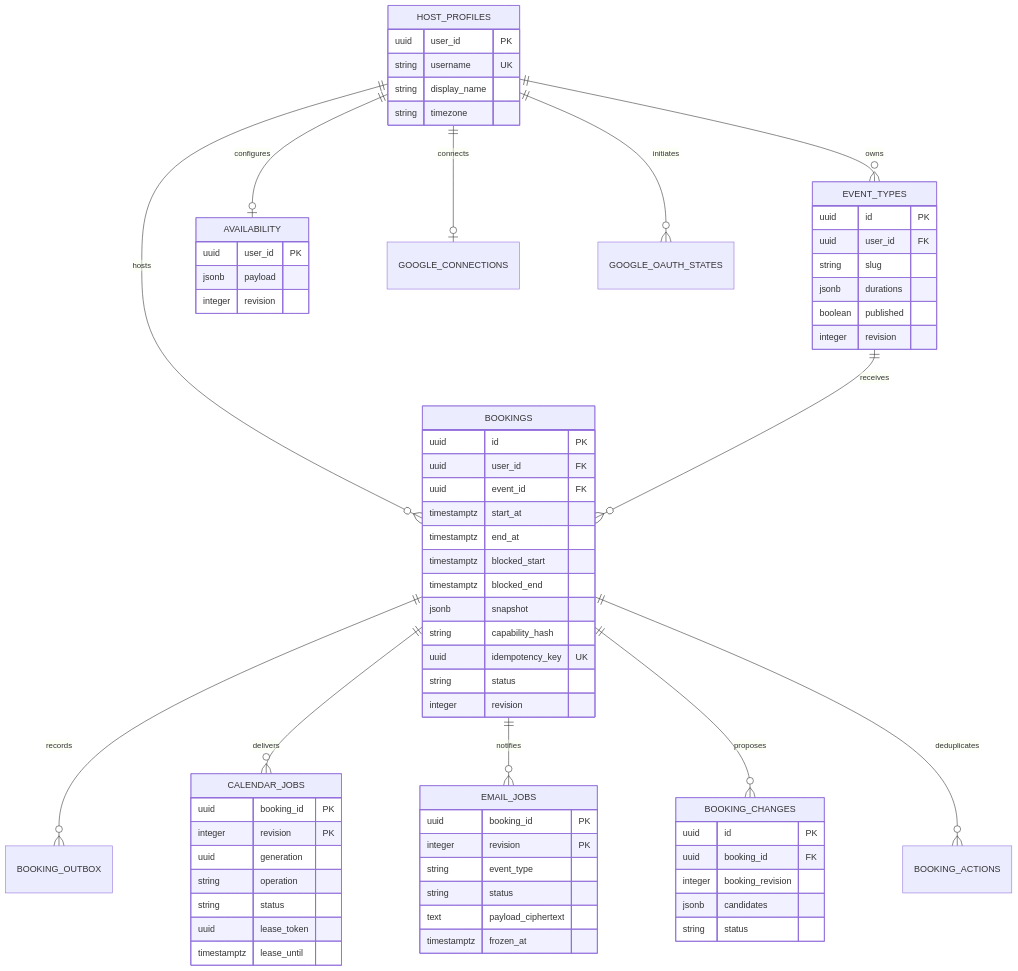
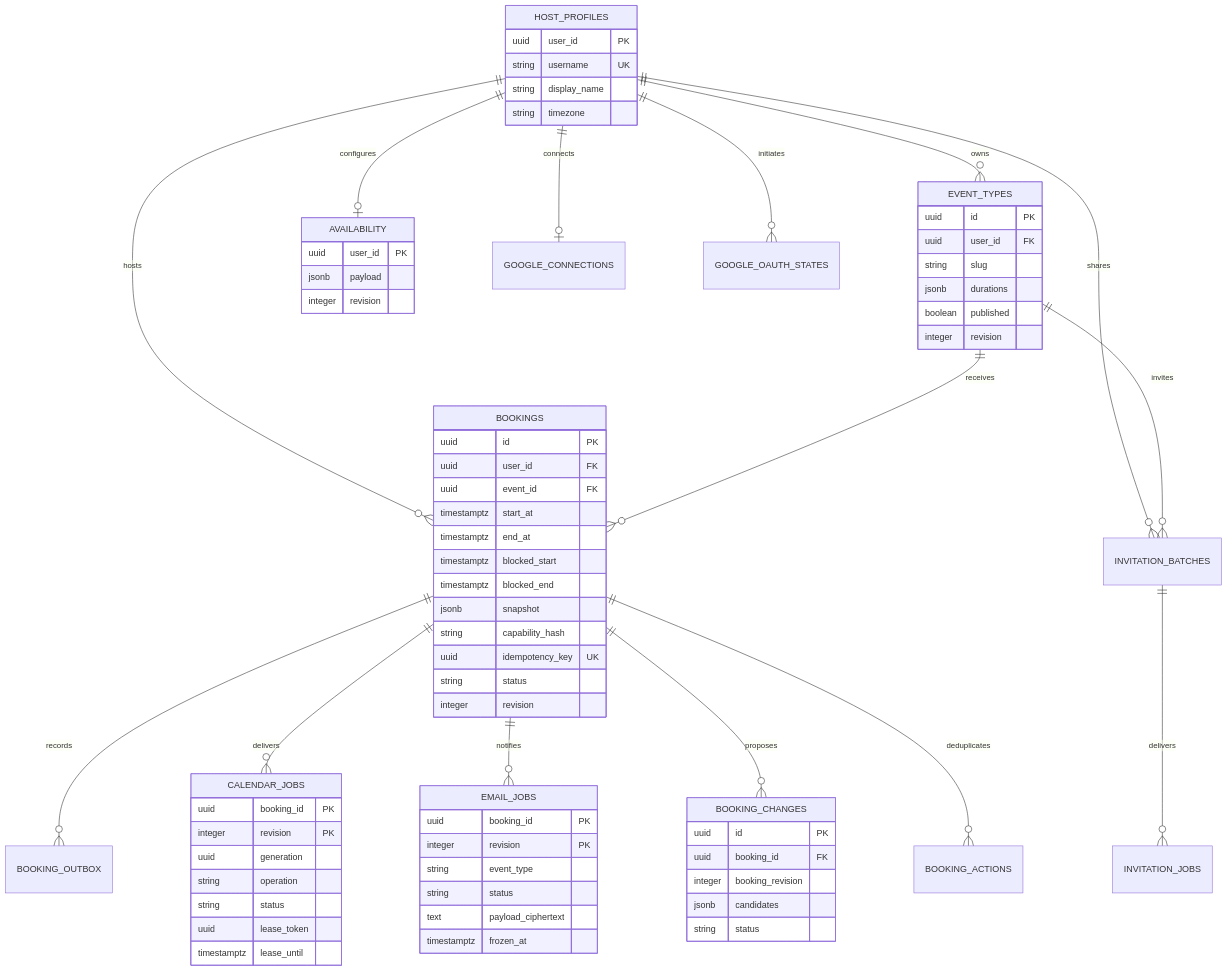
The second of 6 diagrams in docs/LOW_LEVEL_DESIGN.md (narcraj-projects/petitecalendar-ai-), drawn with Mermaid before and after one commit. The commit also changed other lines of this file and 19 other files, not shown here.

````diff
--- a/docs/LOW_LEVEL_DESIGN.md
+++ b/docs/LOW_LEVEL_DESIGN.md
@@ -80,71 +84,74 @@
 ```mermaid
 erDiagram
     HOST_PROFILES ||--o{ EVENT_TYPES : owns
     HOST_PROFILES ||--o| AVAILABILITY : configures
     HOST_PROFILES ||--o| GOOGLE_CONNECTIONS : connects
     HOST_PROFILES ||--o{ GOOGLE_OAUTH_STATES : initiates
     HOST_PROFILES ||--o{ BOOKINGS : hosts
     EVENT_TYPES ||--o{ BOOKINGS : receives
     BOOKINGS ||--o{ BOOKING_OUTBOX : records
     BOOKINGS ||--o{ CALENDAR_JOBS : delivers
     BOOKINGS ||--o{ EMAIL_JOBS : notifies
+    HOST_PROFILES ||--o{ INVITATION_BATCHES : shares
+    EVENT_TYPES ||--o{ INVITATION_BATCHES : invites
+    INVITATION_BATCHES ||--o{ INVITATION_JOBS : delivers
     BOOKINGS ||--o{ BOOKING_CHANGES : proposes
     BOOKINGS ||--o{ BOOKING_ACTIONS : deduplicates
     HOST_PROFILES {
         uuid user_id PK
         string username UK
         string display_name
         string timezone
     }
     EVENT_TYPES {
         uuid id PK
         uuid user_id FK
         string slug
         jsonb durations
         boolean published
         integer revision
     }
     AVAILABILITY {
         uuid user_id PK
         jsonb payload
         integer revision
     }
     BOOKINGS {
         uuid id PK
         uuid user_id FK
         uuid event_id FK
         timestamptz start_at
         timestamptz end_at
         timestamptz blocked_start
         timestamptz blocked_end
         jsonb snapshot
         string capability_hash
         uuid idempotency_key UK
         string status
         integer revision
     }
     CALENDAR_JOBS {
         uuid booking_id PK
         integer revision PK
         uuid generation
         string operation
         string status
         uuid lease_token
         timestamptz lease_until
     }
     EMAIL_JOBS {
         uuid booking_id PK
         integer revision PK
         string event_type
         string status
         text payload_ciphertext
         timestamptz frozen_at
     }
     BOOKING_CHANGES {
         uuid id PK
         uuid booking_id FK
         integer booking_revision
         jsonb candidates
         string status
     }
 ```
````
